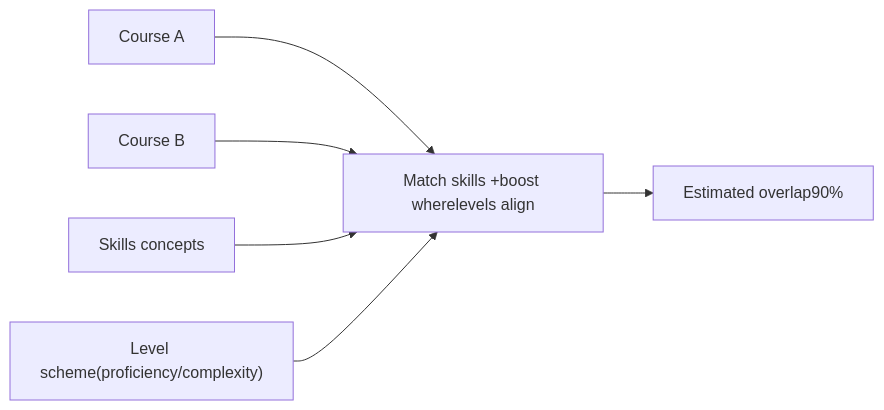
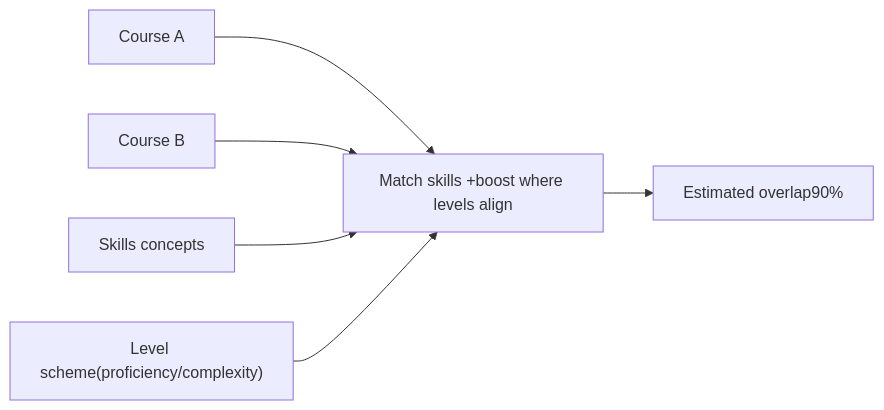
The ninth of 18 diagrams in reports/creditTransfer.md (leskneebone/skills-SPARQL), drawn with Mermaid before and after one commit. The commit also changed other lines of this file, not shown here.

````diff
--- a/reports/creditTransfer.md
+++ b/reports/creditTransfer.md
@@ -94,8 +94,8 @@
 ```mermaid
 flowchart LR
-  A["Course A"] --> M["Match skills +boost wherelevels align"]
+  A["Course A"] --> M["Match skills +boost where levels align"]
   B["Course B"] --> M
   S["Skills concepts"] --> M
   L["Level scheme(proficiency/complexity)"] --> M
   M --> O["Estimated overlap90%"]
 ```
````
